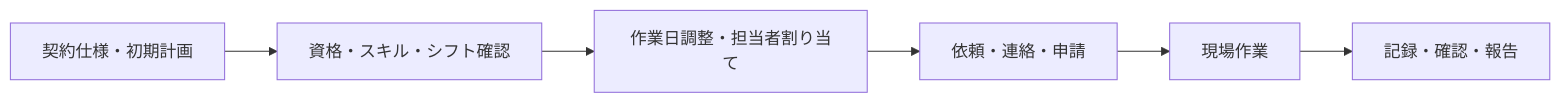
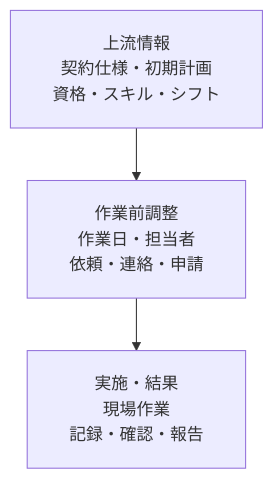
The third of 3 diagrams in src/content/docs/introduction/how-to-use.md (tsumasaki-kurageya/property-management-pdm), drawn with Mermaid before and after one commit. The commit also changed other lines of this file, not shown here.

Commit message:
Fix guide Mermaid label layout

````diff
--- a/src/content/docs/introduction/how-to-use.md
+++ b/src/content/docs/introduction/how-to-use.md
@@ -123,8 +125,8 @@
 ```mermaid
-flowchart LR
-    A["契約仕様・初期計画"] --> B["資格・スキル・シフト確認"]
-    B --> C["作業日調整・担当者割り当て"]
-    C --> D["依頼・連絡・申請"]
-    D --> E["現場作業"]
-    E --> F["記録・確認・報告"]
+%%{init: {"flowchart": {"htmlLabels": true, "padding": 20}}}%%
+flowchart TB
+    A["上流情報<br/>契約仕様・初期計画<br/>資格・スキル・シフト"]
+    B["作業前調整<br/>作業日・担当者<br/>依頼・連絡・申請"]
+    C["実施・結果<br/>現場作業<br/>記録・確認・報告"]
+    A --> B --> C
 ```
````
